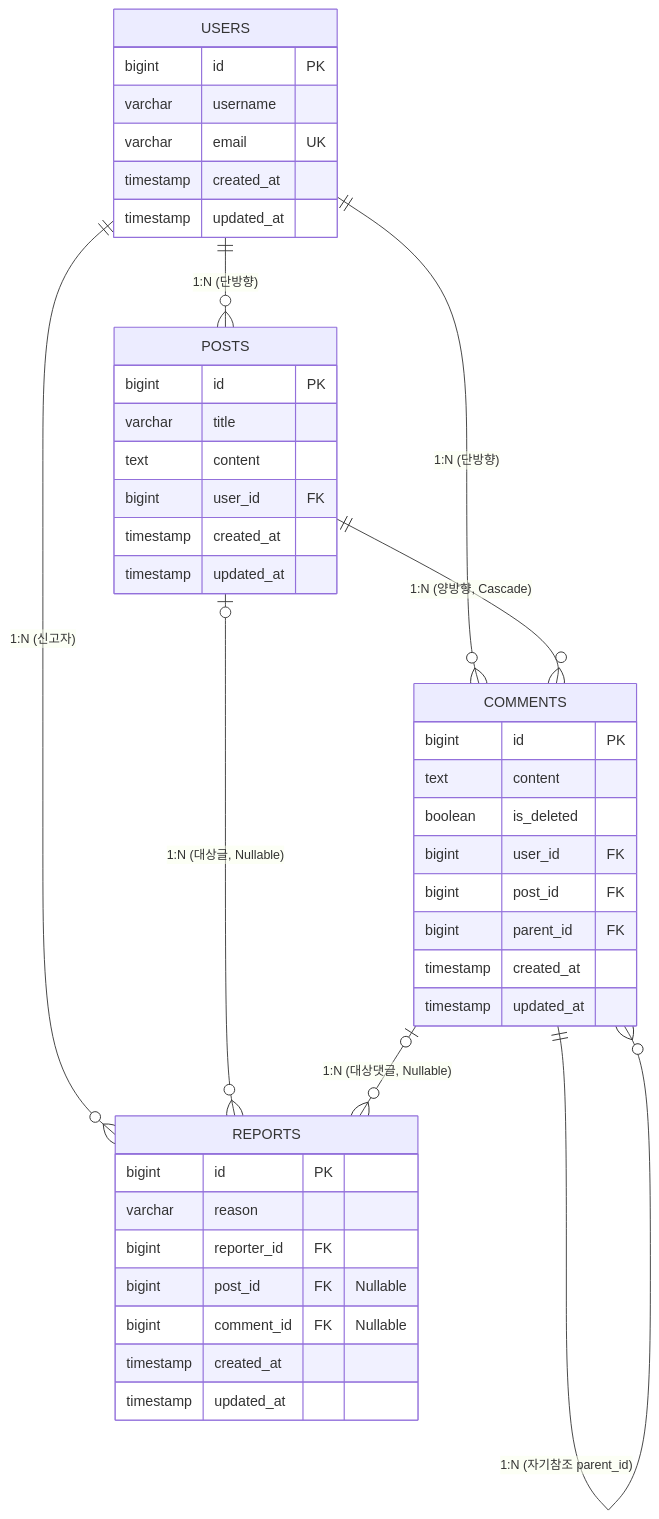
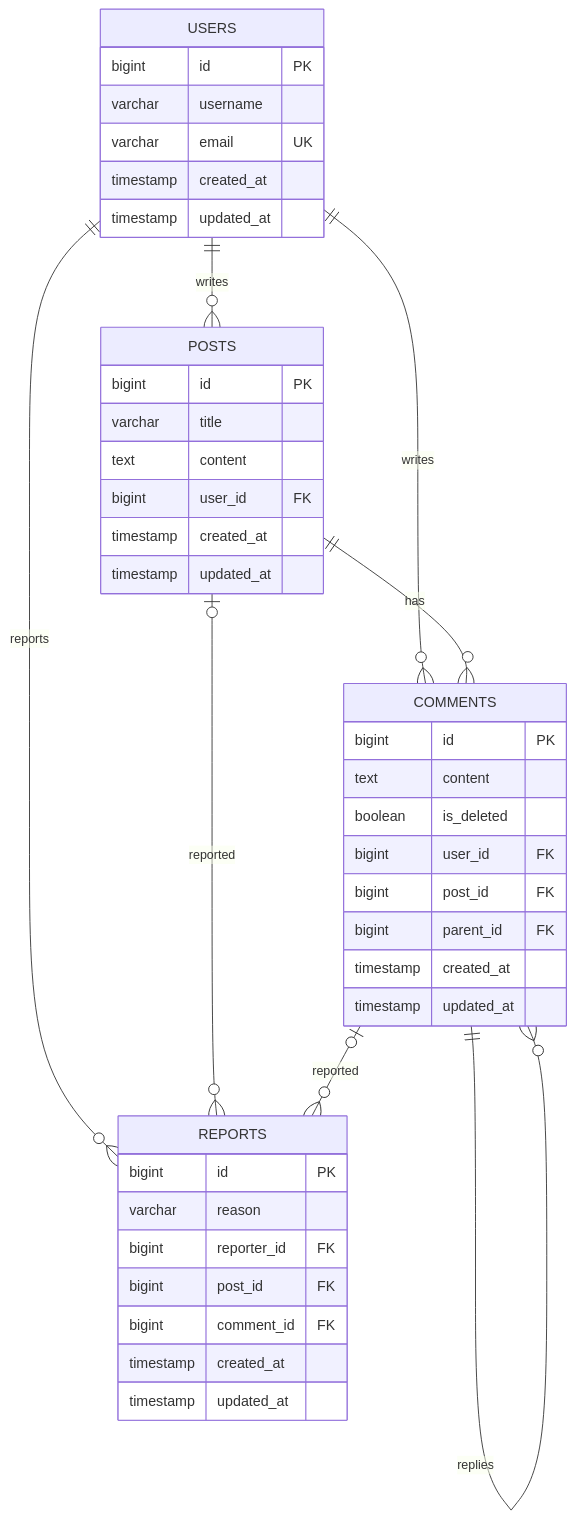
The second of 2 diagrams in kanghyeonwoo/docs/week2-architecture-notes.md (Leets-Official/8th-BE-Blog), drawn with Mermaid before and after one commit. The commit also changed other lines of this file, not shown here.

Commit message:
fix: Mermaid 다이어그램 파싱 에러 수정 (콜론 및 라벨 문법 정규화)

````diff
--- a/kanghyeonwoo/docs/week2-architecture-notes.md
+++ b/kanghyeonwoo/docs/week2-architecture-notes.md
@@ -74,45 +74,45 @@
 ```mermaid
 erDiagram
-    USERS ||--o{ POSTS : "1:N (단방향)"
-    USERS ||--o{ COMMENTS : "1:N (단방향)"
-    POSTS ||--o{ COMMENTS : "1:N (양방향, Cascade)"
-    COMMENTS ||--o{ COMMENTS : "1:N (자기참조 parent_id)"
-    USERS ||--o{ REPORTS : "1:N (신고자)"
-    POSTS |o--o{ REPORTS : "1:N (대상글, Nullable)"
-    COMMENTS |o--o{ REPORTS : "1:N (대상댓글, Nullable)"
+    USERS ||--o{ POSTS : "writes"
+    USERS ||--o{ COMMENTS : "writes"
+    POSTS ||--o{ COMMENTS : "has"
+    COMMENTS ||--o{ COMMENTS : "replies"
+    USERS ||--o{ REPORTS : "reports"
+    POSTS |o--o{ REPORTS : "reported"
+    COMMENTS |o--o{ REPORTS : "reported"
 
     USERS {
         bigint id PK
         varchar username
         varchar email UK
         timestamp created_at
         timestamp updated_at
     }
     POSTS {
         bigint id PK
         varchar title
         text content
         bigint user_id FK
         timestamp created_at
         timestamp updated_at
     }
     COMMENTS {
         bigint id PK
         text content
         boolean is_deleted
         bigint user_id FK
         bigint post_id FK
         bigint parent_id FK
         timestamp created_at
         timestamp updated_at
     }
     REPORTS {
         bigint id PK
         varchar reason
         bigint reporter_id FK
-        bigint post_id FK "Nullable"
-        bigint comment_id FK "Nullable"
+        bigint post_id FK
+        bigint comment_id FK
         timestamp created_at
         timestamp updated_at
     }
 ```
````
